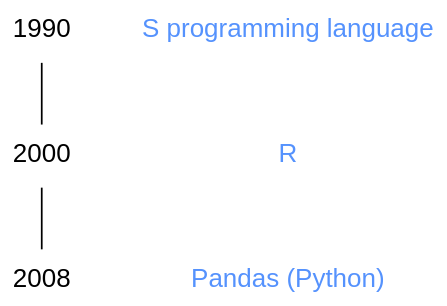
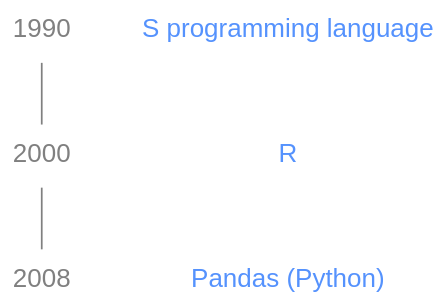
The diagram in python/wb_polars_content.qmd (WestDRI/arc-training), drawn with Graphviz before and after one commit. The commit also changed other lines of this file and 20 other files, not shown here.

Commit message:
fix remaining graphviz graphs for dark mode

````diff
--- a/python/wb_polars_content.qmd
+++ b/python/wb_polars_content.qmd
@@ -27,25 +27,26 @@
 ```{dot}
 //| echo: false
-//| fig-height: 350px
+//| fig-height: 250px
 
 strict graph {
-  
+
 bgcolor="transparent"
 graph [fontname="Inconsolata, sans-serif"]
-node [fontname="Inconsolata, sans-serif", fontsize=15]
+node [fontname="Inconsolata, sans-serif", fontsize=15, fontcolor=grey]
+edge [color=grey]
 
 y1 [label=1990, shape=plaintext, group=g1, group=g1]
 y2 [label=2000, shape=plaintext, group=g1, group=g1]
 y3 [label=2008, shape=plaintext, group=g1]
 
 l1 [label="S programming language", href="https://en.wikipedia.org/wiki/S_(programming_language)", shape=plaintext, group=g2, fontcolor="#5592FD"]
 l2 [label="R", href="https://en.wikipedia.org/wiki/R_(programming_language)", shape=plaintext, group=g2, fontcolor="#5592FD"]
 l3 [label="Pandas (Python)", href="https://en.wikipedia.org/wiki/Pandas_(software)", shape=plaintext, group=g2, fontcolor="#5592FD"]
 
 {rank=same; y1 l1}
 
 y1 -- y2 -- y3
 l1 -- l2 -- l3 [style=invis]
 
 }
 ```
````
